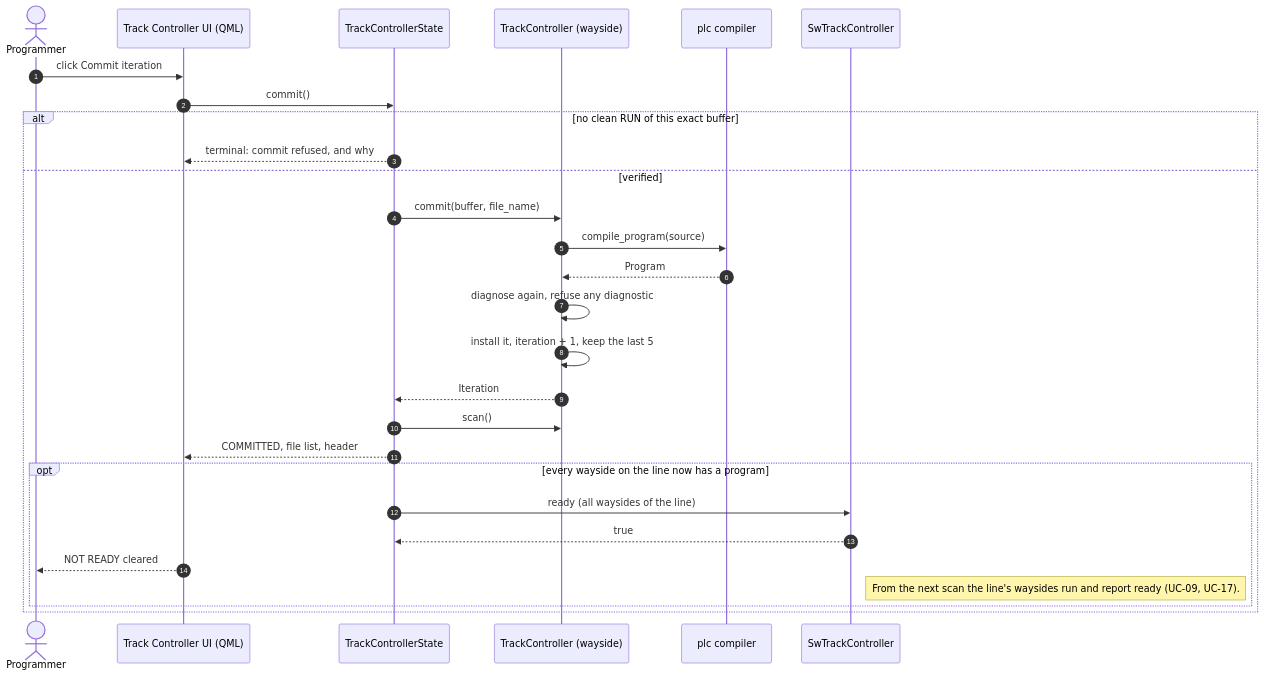
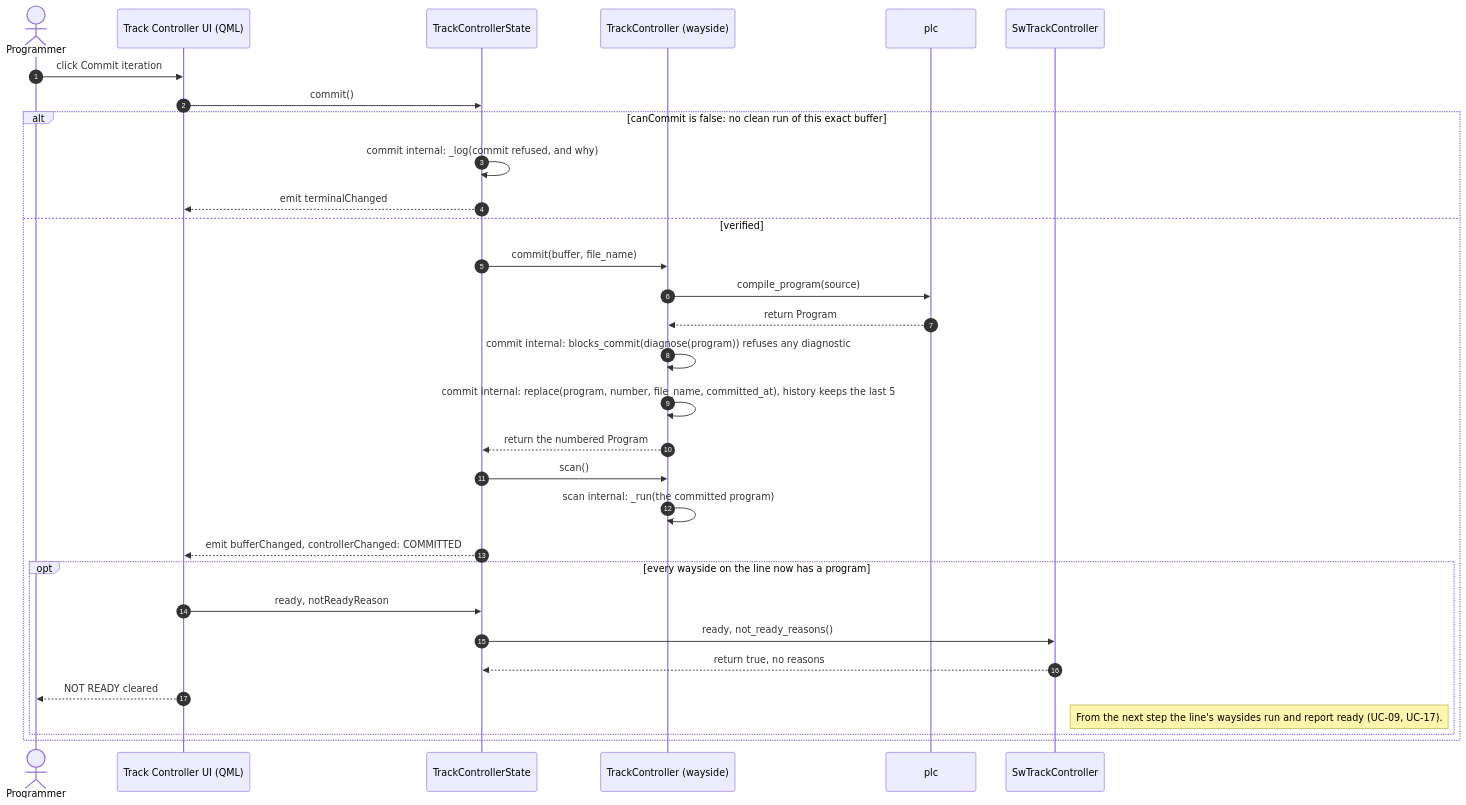
Before and after one commit to Landiss04/Track-Overflow: the diagram in documents/uml/track_ctrl_sw/sequence/sd06_commit_plc_program.mmd, drawn with Mermaid. The commit also changed 65 other files, not shown here.

```diff
--- a/documents/uml/track_ctrl_sw/sequence/sd06_commit_plc_program.mmd
+++ b/documents/uml/track_ctrl_sw/sequence/sd06_commit_plc_program.mmd
@@ -1,28 +1,31 @@
 sequenceDiagram
     autonumber
     actor P as Programmer
     participant UI as Track Controller UI (QML)
     participant S as TrackControllerState
     participant W as TrackController (wayside)
-    participant C as plc compiler
+    participant C as plc
     participant M as SwTrackController
     P->>UI: click Commit iteration
     UI->>S: commit()
-    alt no clean RUN of this exact buffer
-        S-->>UI: terminal: commit refused, and why
+    alt canCommit is false: no clean run of this exact buffer
+        S->>S: commit internal: _log(commit refused, and why)
+        S-->>UI: emit terminalChanged
     else verified
         S->>W: commit(buffer, file_name)
         W->>C: compile_program(source)
-        C-->>W: Program
-        W->>W: diagnose again, refuse any diagnostic
-        W->>W: install it, iteration + 1, keep the last 5
-        W-->>S: Iteration
+        C-->>W: return Program
+        W->>W: commit internal: blocks_commit(diagnose(program)) refuses any diagnostic
+        W->>W: commit internal: replace(program, number, file_name, committed_at), history keeps the last 5
+        W-->>S: return the numbered Program
         S->>W: scan()
-        S-->>UI: COMMITTED, file list, header
+        W->>W: scan internal: _run(the committed program)
+        S-->>UI: emit bufferChanged, controllerChanged: COMMITTED
         opt every wayside on the line now has a program
-            S->>M: ready (all waysides of the line)
-            M-->>S: true
+            UI->>S: ready, notReadyReason
+            S->>M: ready, not_ready_reasons()
+            M-->>S: return true, no reasons
             UI-->>P: NOT READY cleared
-            Note right of M: From the next scan the line's waysides run and report ready (UC-09, UC-17).
+            Note right of M: From the next step the line's waysides run and report ready (UC-09, UC-17).
         end
     end
```
